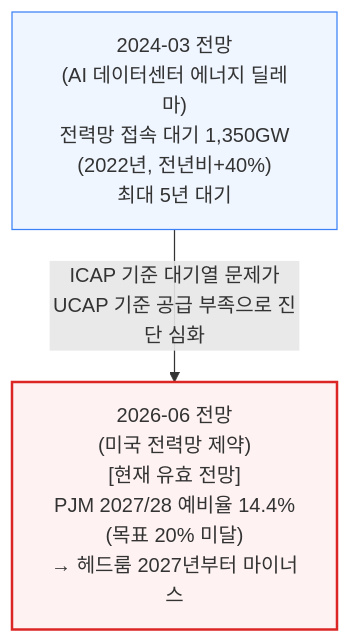
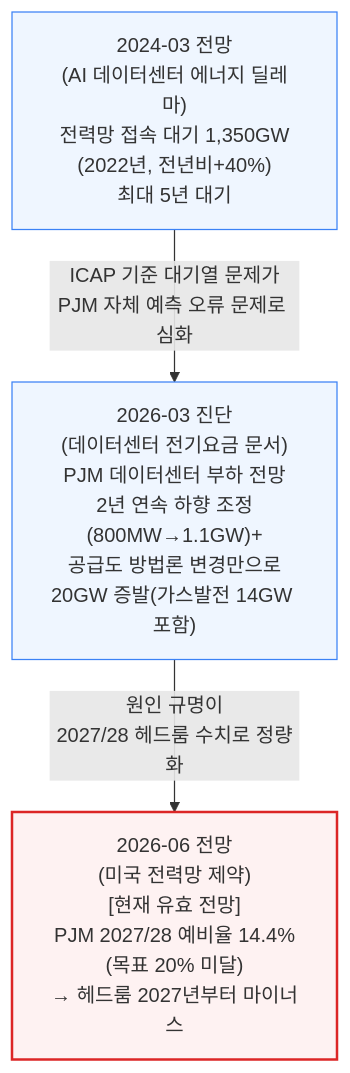
One commit to yohan4477/semi-report changed the second of 5 diagrams in 통합 리포트/카테고리별 통합 리포트/[260704] 전력 통합 리포트.md. Above: the diagram before and after it, drawn with Mermaid. The commit also changed other lines of this file and 3 other files, not shown here.

````diff
--- a/통합 리포트/카테고리별 통합 리포트/[260704] 전력 통합 리포트.md
+++ b/통합 리포트/카테고리별 통합 리포트/[260704] 전력 통합 리포트.md
@@ -63,7 +64,8 @@
 ```mermaid
 flowchart TD
-    D2024b["2024-03 전망<br/>(AI 데이터센터 에너지 딜레마)<br/>전력망 접속 대기 1,350GW<br/>(2022년, 전년비+40%)<br/>최대 5년 대기"] -->|"ICAP 기준 대기열 문제가<br/>UCAP 기준 공급 부족으로 진단 심화"| D2026b["2026-06 전망<br/>(미국 전력망 제약)<br/>[현재 유효 전망]<br/>PJM 2027/28 예비율 14.4%<br/>(목표 20% 미달)<br/>→ 헤드룸 2027년부터 마이너스"]
+    D2024b["2024-03 전망<br/>(AI 데이터센터 에너지 딜레마)<br/>전력망 접속 대기 1,350GW<br/>(2022년, 전년비+40%)<br/>최대 5년 대기"] -->|"ICAP 기준 대기열 문제가<br/>PJM 자체 예측 오류 문제로 심화"| D2026x["2026-03 진단<br/>(데이터센터 전기요금 문서)<br/>PJM 데이터센터 부하 전망<br/>2년 연속 하향 조정(800MW→1.1GW)+<br/>공급도 방법론 변경만으로<br/>20GW 증발(가스발전 14GW 포함)"] -->|"원인 규명이<br/>2027/28 헤드룸 수치로 정량화"| D2026b["2026-06 전망<br/>(미국 전력망 제약)<br/>[현재 유효 전망]<br/>PJM 2027/28 예비율 14.4%<br/>(목표 20% 미달)<br/>→ 헤드룸 2027년부터 마이너스"]
 
     style D2024b fill:#eff6ff,stroke:#3b82f6
+    style D2026x fill:#eff6ff,stroke:#3b82f6
     style D2026b fill:#fef2f2,stroke:#dc2626,stroke-width:2px
 ```
````
